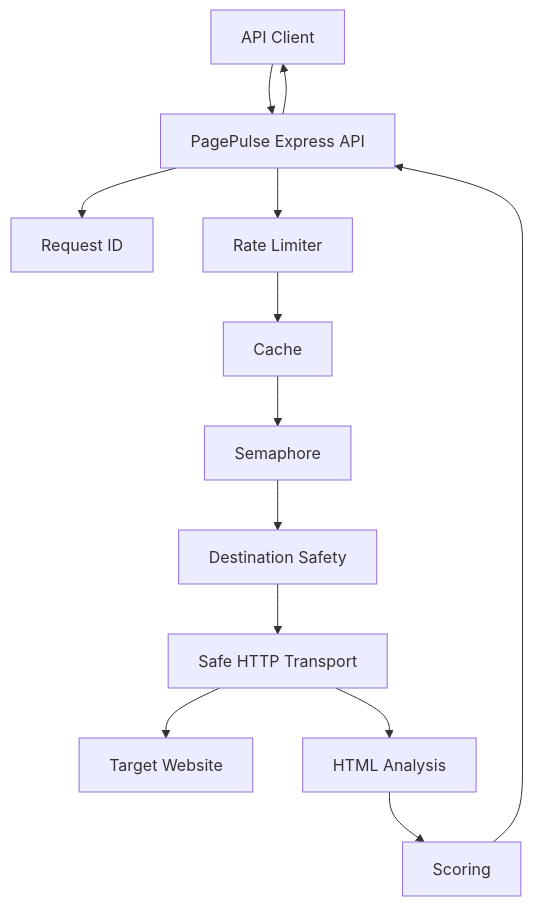
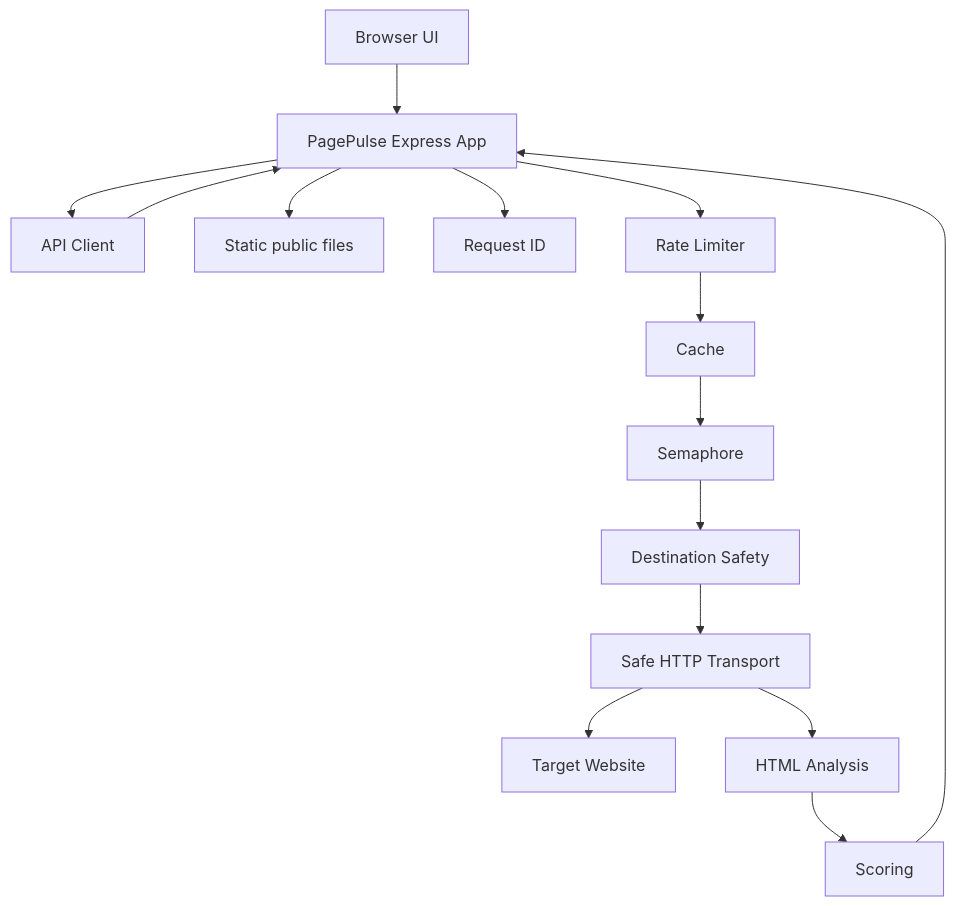
One commit to shivaydwivedi/PagePulse changed the diagram in docs/diagrams/system-context.mmd. Above: the diagram before and after it, drawn with Mermaid. The commit also changed 16 other files, not shown here.

Commit message:
feat: add public PagePulse demo UI

```diff
--- a/docs/diagrams/system-context.mmd
+++ b/docs/diagrams/system-context.mmd
@@ -1,13 +1,15 @@
 flowchart TD
-  APIClient[API Client] --> ExpressAPI[PagePulse Express API]
+  Browser[Browser UI] --> ExpressAPI[PagePulse Express App]
+  APIClient[API Client] --> ExpressAPI
+  ExpressAPI --> StaticUI[Static public files]
   ExpressAPI --> RequestID[Request ID]
   ExpressAPI --> RateLimiter[Rate Limiter]
   RateLimiter --> Cache[Cache]
   Cache --> Semaphore[Semaphore]
   Semaphore --> DestinationSafety[Destination Safety]
   DestinationSafety --> SafeTransport[Safe HTTP Transport]
   SafeTransport --> TargetWebsite[Target Website]
   SafeTransport --> HTMLAnalysis[HTML Analysis]
   HTMLAnalysis --> Scoring[Scoring]
   Scoring --> ExpressAPI
   ExpressAPI --> APIClient
```
